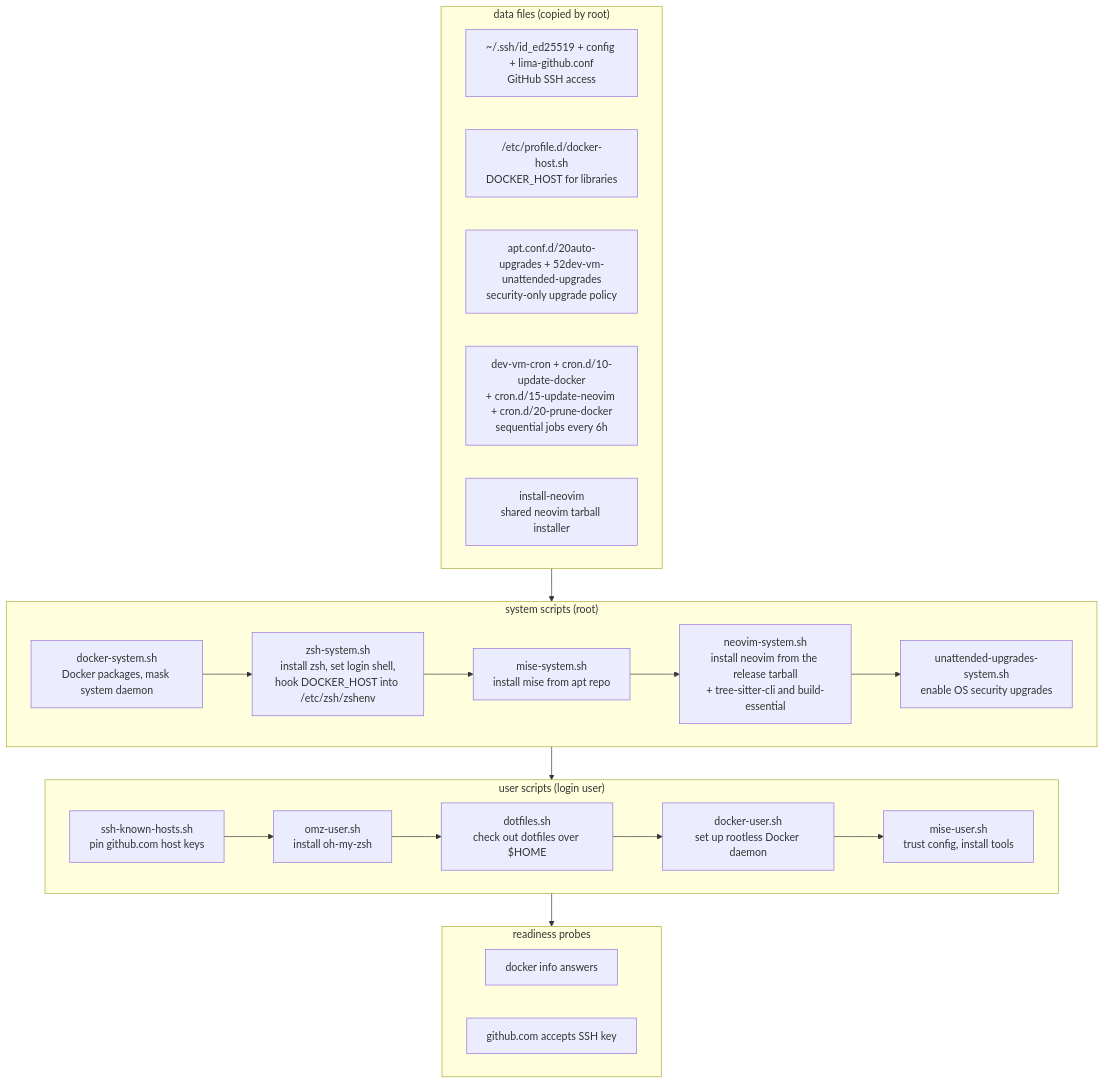
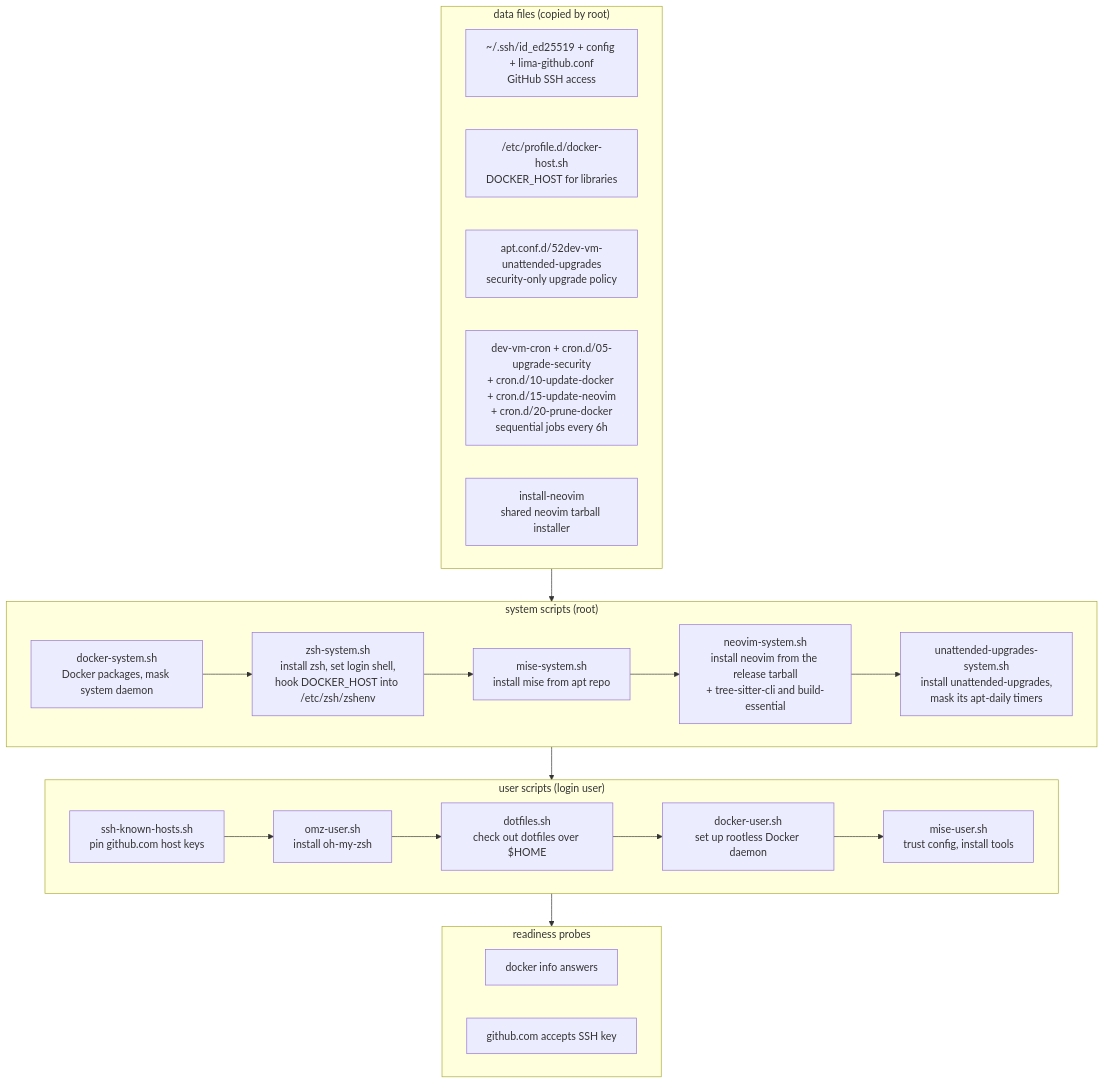
Before and after one commit to robsonpeixoto/dev-vm: the diagram in README.md, drawn with Mermaid. The commit also changed other lines of this file and 9 other files, not shown here.

````diff
--- a/README.md
+++ b/README.md
@@ -429,37 +442,37 @@
 ```mermaid
 flowchart TD
     subgraph data["data files (copied by root)"]
         d1["~/.ssh/id_ed25519 + config + lima-github.conf<br>GitHub SSH access"]
         d2["/etc/profile.d/docker-host.sh<br>DOCKER_HOST for libraries"]
-        d3["apt.conf.d/20auto-upgrades + 52dev-vm-unattended-upgrades<br>security-only upgrade policy"]
-        d4["dev-vm-cron + cron.d/10-update-docker<br>+ cron.d/15-update-neovim + cron.d/20-prune-docker<br>sequential jobs every 6h"]
+        d3["apt.conf.d/52dev-vm-unattended-upgrades<br>security-only upgrade policy"]
+        d4["dev-vm-cron + cron.d/05-upgrade-security<br>+ cron.d/10-update-docker + cron.d/15-update-neovim<br>+ cron.d/20-prune-docker<br>sequential jobs every 6h"]
         d5["install-neovim<br>shared neovim tarball installer"]
     end
 
     subgraph system["system scripts (root)"]
         s1["docker-system.sh<br>Docker packages, mask system daemon"]
         s2["zsh-system.sh<br>install zsh, set login shell,<br>hook DOCKER_HOST into /etc/zsh/zshenv"]
         s3["mise-system.sh<br>install mise from apt repo"]
         s4["neovim-system.sh<br>install neovim from the release tarball<br>+ tree-sitter-cli and build-essential"]
-        s5["unattended-upgrades-system.sh<br>enable OS security upgrades"]
+        s5["unattended-upgrades-system.sh<br>install unattended-upgrades,<br>mask its apt-daily timers"]
     end
 
     subgraph user["user scripts (login user)"]
         u1["ssh-known-hosts.sh<br>pin github.com host keys"]
         u2["omz-user.sh<br>install oh-my-zsh"]
         u3["dotfiles.sh<br>check out dotfiles over $HOME"]
         u4["docker-user.sh<br>set up rootless Docker daemon"]
         u5["mise-user.sh<br>trust config, install tools"]
     end
 
     subgraph probes["readiness probes"]
         p1["docker info answers"]
         p2["github.com accepts SSH key"]
     end
 
     data --> system
     s1 --> s2 --> s3 --> s4 --> s5
     system --> user
     u1 --> u2 --> u3 --> u4 --> u5
     user --> probes
 ```
````
